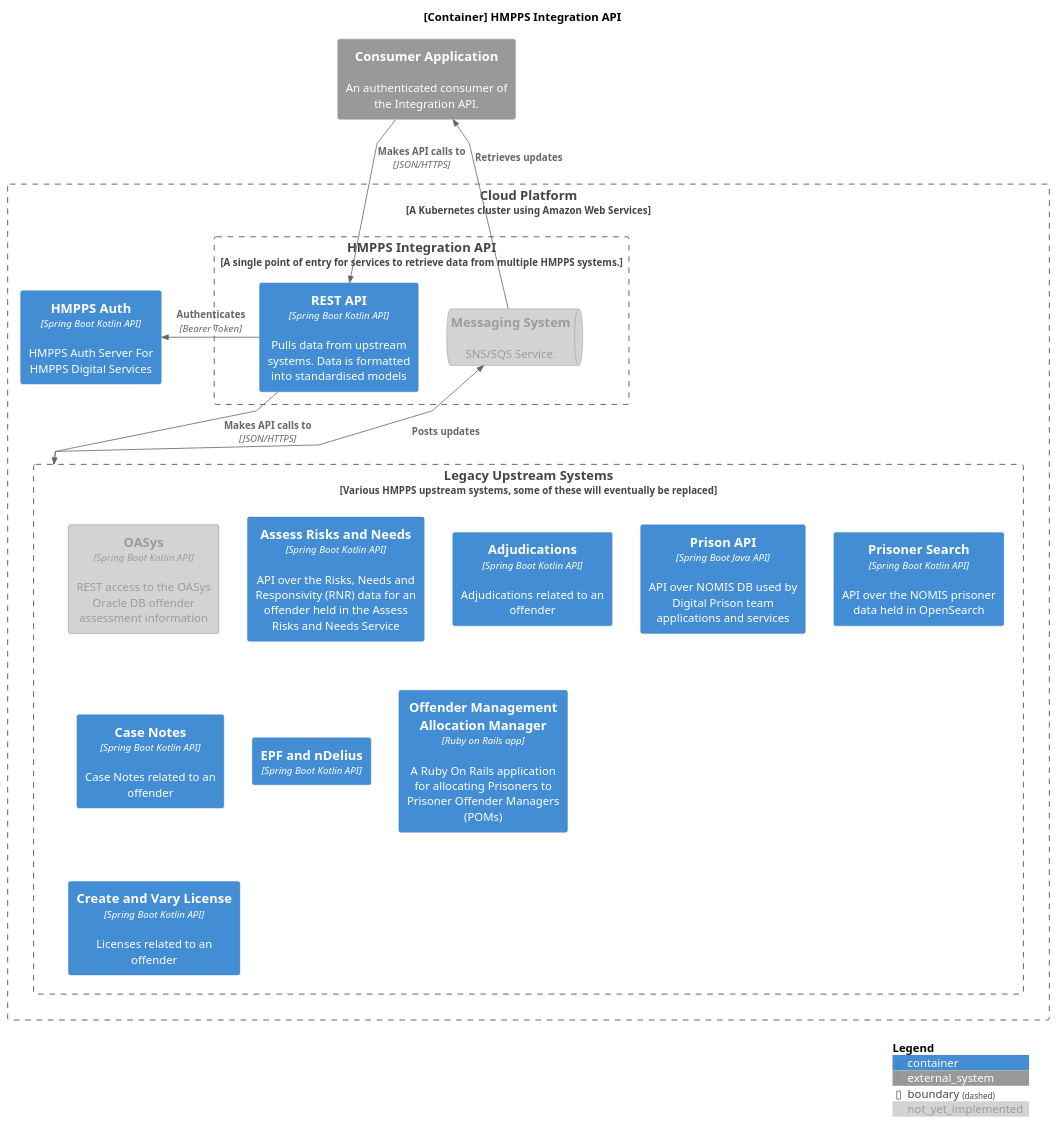
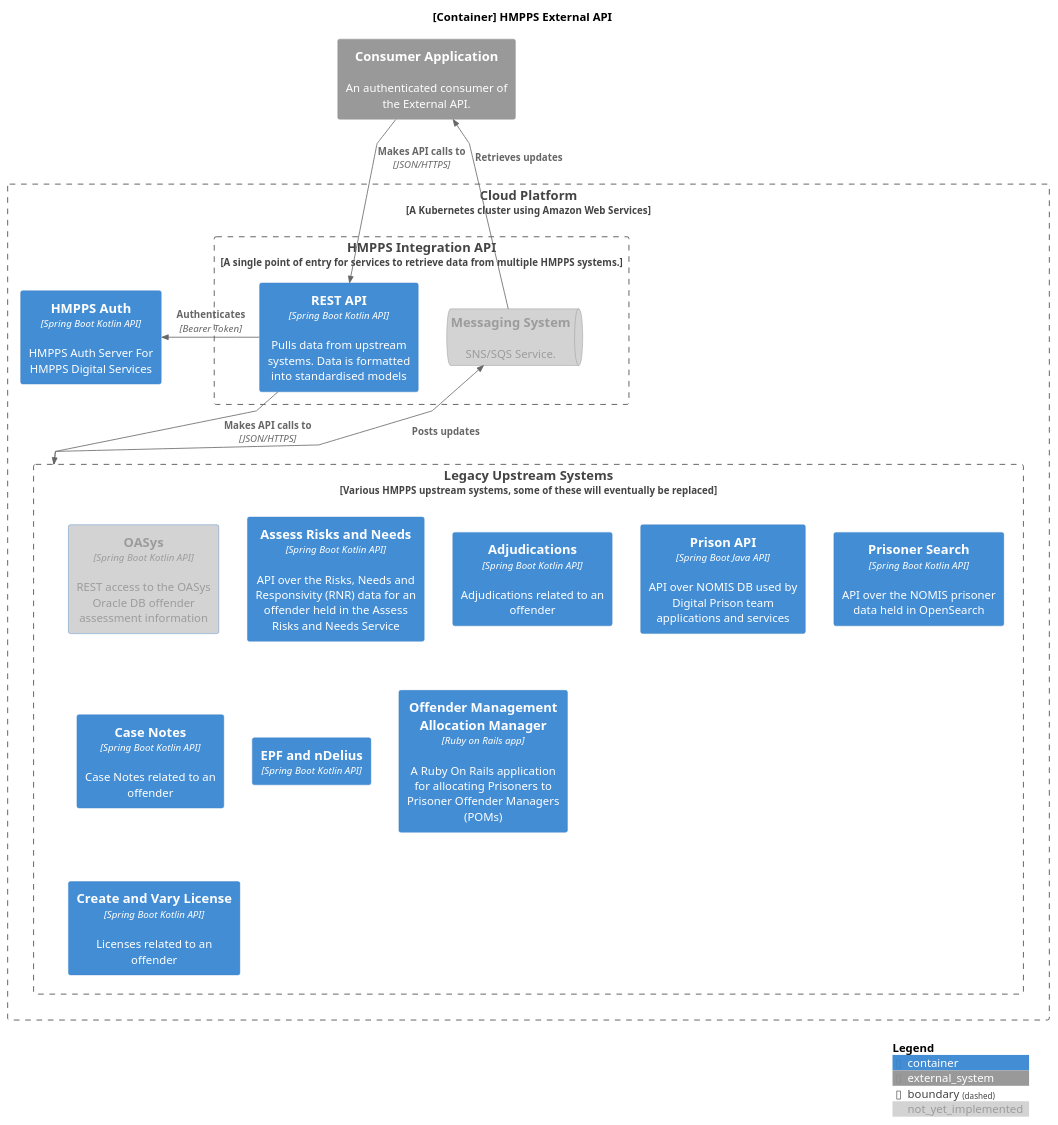
Before and after one commit to ministryofjustice/hmpps-integration-api: the diagram in docs/diagrams/container.puml, drawn with PlantUML. The commit also changed 12 other files, not shown here.

Commit message:
Rename Integration API to External API in documentation

```diff
--- a/docs/diagrams/container.puml
+++ b/docs/diagrams/container.puml
@@ -1,44 +1,44 @@
 @startuml container
 
 !include https://raw.githubusercontent.com/plantuml-stdlib/C4-PlantUML/master/C4_Container.puml
 
 skinparam linetype polyline
 
-title [Container] HMPPS Integration API
+title [Container] HMPPS External API
 
 AddElementTag("not_yet_implemented", $bgColor="#D3D3D3", $fontColor="#9C9C9C")
 
-System_Ext(consumer, "Consumer Application", "An authenticated consumer of the Integration API.")
+System_Ext(consumer, "Consumer Application", "An authenticated consumer of the External API.")
 
 Boundary(aws_cloudplatform, "Cloud Platform", "A Kubernetes cluster using Amazon Web Services", $link="https://user-guide.cloud-platform.service.justice.gov.uk/documentation/concepts/cp-tech-overview.html") {
     Boundary(hmpps_integration_api, "HMPPS Integration API", "A single point of entry for services to retrieve data from multiple HMPPS systems."){
         Container(spring_boot_api, "REST API", "Spring Boot Kotlin API", "Pulls data from upstream systems. Data is formatted into standardised models", $link="https://github.com/ministryofjustice/hmpps-integration-api")
         SystemQueue_Ext(messaging, "Messaging System", "SNS/SQS Service.",$tags="not_yet_implemented")
     }
 
     Container(hmpps_auth, "HMPPS Auth", "Spring Boot Kotlin API", "	UI and OAuth2 server integrating with NOMIS database, nDelius (via Community api) and an auth database for storing external users", $link="https://github.com/ministryofjustice/hmpps-auth")
 
     Boundary(upstream, "Legacy Upstream Systems", "Various HMPPS upstream systems, some of these will eventually be replaced"){
         Container(prison_api, "Prison API", "Spring Boot Java API", "API over NOMIS DB used by Digital Prison team applications and services", $link="https://github.com/ministryofjustice/prison-api")
         Container(prisoner_search, "Prisoner Search", "Spring Boot Kotlin API", "API over the NOMIS prisoner data held in OpenSearch", $link="https://github.com/ministryofjustice/hmpps-prisoner-search")
         Container(oasys, "OASys", "Spring Boot Kotlin API", "REST access to the OASys Oracle DB offender assessment information", $link="https://github.com/ministryofjustice/offender-assessments-api-kotlin", $tags="not_yet_implemented")
         Container(oasys_arn, "Assess Risks and Needs", "Spring Boot Kotlin API", "API over the Risks, Needs and Responsivity (RNR) data for an offender held in the Assess Risks and Needs Service", $link="https://github.com/ministryofjustice/hmpps-assess-risks-and-needs")
         Container(adjudications, "Adjudications", "Spring Boot Kotlin API", "Adjudications related to an offender", $link="https://github.com/ministryofjustice/hmpps-manage-adjudications-api")
         Container(case_notes, "Case Notes", "Spring Boot Kotlin API", "Case Notes related to an offender", $link="https://github.com/ministryofjustice/offender-case-notes")
         Container(effective_proposal_framework, "EPF and nDelius", "Spring Boot Kotlin API")
         Container(manage_POM_cases, "Offender Management Allocation Manager", "Ruby on Rails app", "A Ruby On Rails application for allocating Prisoners to Prisoner Offender Managers (POMs)", $link="https://github.com/ministryofjustice/offender-management-allocation-manager")
         Container(create_and_vary_license, "Create and Vary License", "Spring Boot Kotlin API", "Licenses related to an offender", $link="https://github.com/ministryofjustice/create-and-vary-a-licence-api")
         Container(hmpps_auth, "HMPPS Auth", "Spring Boot Kotlin API", "HMPPS Auth Server For HMPPS Digital Services", $link="https://github.com/ministryofjustice/hmpps-auth")
         Lay_L(prisoner_search, prison_api)
     }
 }
 
 Rel(consumer, spring_boot_api, "Makes API calls to", "JSON/HTTPS")
 Rel(messaging, consumer, "Retrieves updates")
 Rel_Up(upstream, messaging, "Posts updates")
 Rel_Right(spring_boot_api, hmpps_auth, "Authenticates", "Bearer Token")
 Rel_Down(spring_boot_api, upstream, "Makes API calls to", "JSON/HTTPS")
 
 SHOW_DYNAMIC_LEGEND()
 
 @enduml
```
